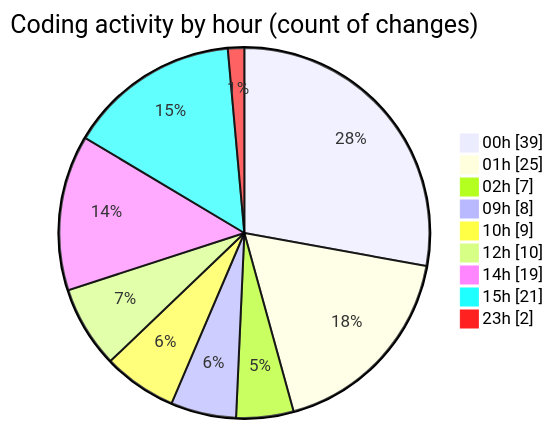
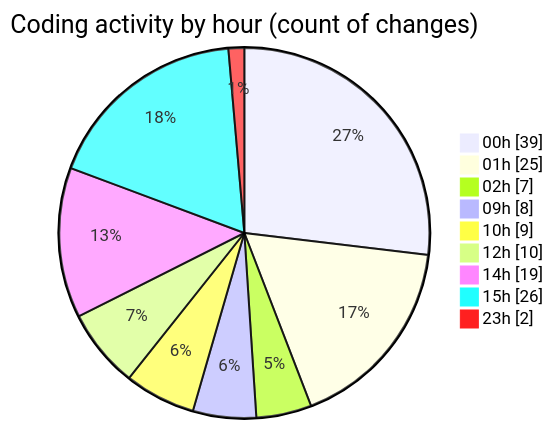
One commit to julien-gomy/code-tracking changed the second of 2 diagrams in 2025-10-10/eventscop-frontend-guide__workspace_/README.md. Above: the diagram before and after it, drawn with Mermaid. The commit also changed other lines of this file and 1 other file, not shown here.

````diff
--- a/2025-10-10/eventscop-frontend-guide__workspace_/README.md
+++ b/2025-10-10/eventscop-frontend-guide__workspace_/README.md
@@ -50,13 +51,13 @@
 ```mermaid
 pie showData
 title Coding activity by hour (count of changes)
 "00h" : 39
 "01h" : 25
 "02h" : 7
 "09h" : 8
 "10h" : 9
 "12h" : 10
 "14h" : 19
-"15h" : 21
+"15h" : 26
 "23h" : 2
 ```
````
